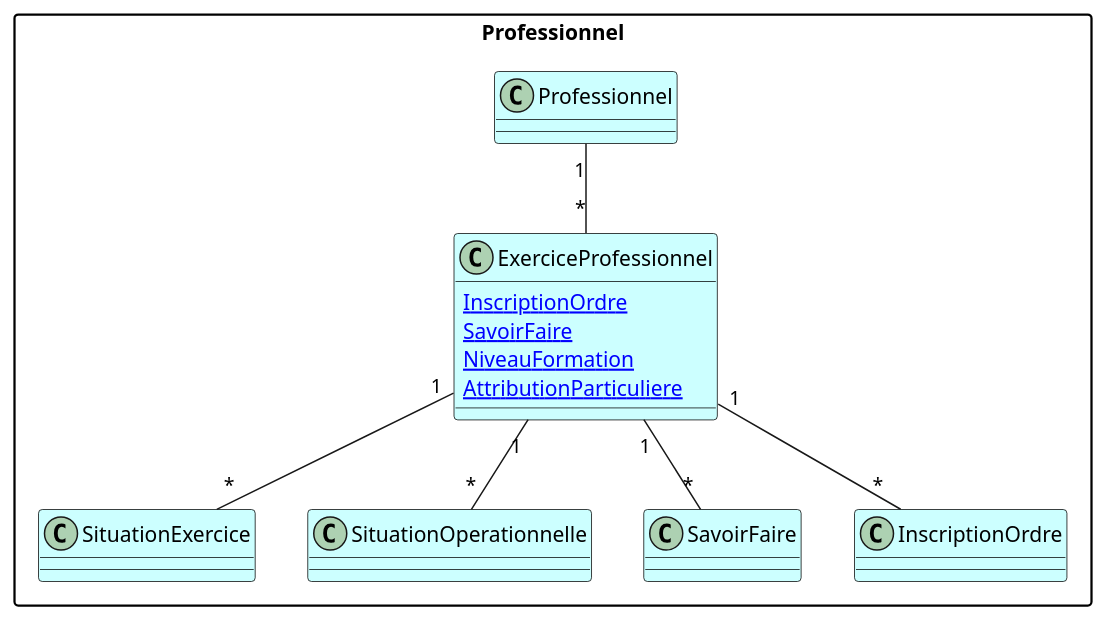
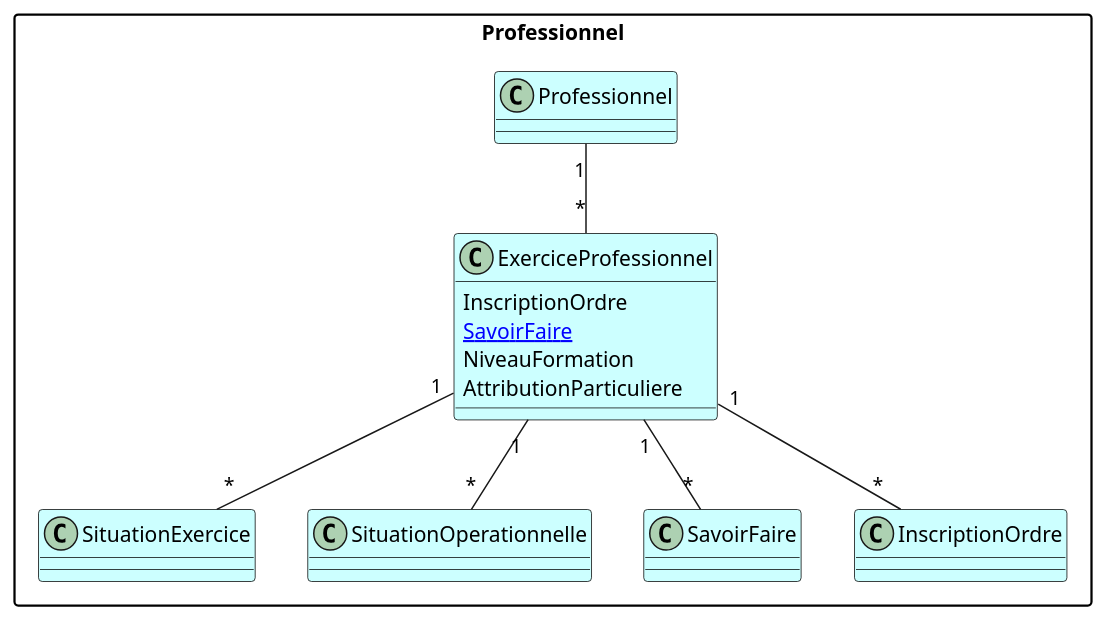
One commit to ansforge/IG-modele-objets-sante changed the diagram in input/images-source/professionnel-short.plantuml. Above: the diagram before and after it, drawn with PlantUML.

```diff
--- a/input/images-source/professionnel-short.plantuml
+++ b/input/images-source/professionnel-short.plantuml
@@ -1,33 +1,35 @@
 @startuml
+'Schéma générique qui contient les classes et les attributs de type BackboneElement (décrits comme objet dans le MOS historique)'
+
 skinparam packageStyle rectangle
 skinparam backgroundColor #FFFFFF
 skinparam class {
     BackgroundColor #CCFFFF
     BorderColor black
 }
 
 package "Professionnel" {
     class Professionnel
     class ExerciceProfessionnel {
-        [[StructureDefinition-InscriptionOrdre.html InscriptionOrdre]]
+        InscriptionOrdre
         [[StructureDefinition-SavoirFaire.html SavoirFaire]]
-        [[StructureDefinition-NiveauFormation.html NiveauFormation]]
-        [[StructureDefinition-AttributionParticuliere.html AttributionParticuliere]]
+        NiveauFormation
+        AttributionParticuliere
     }
     class SituationExercice 
     class SituationOperationnelle
 
     url of Professionnel is [[StructureDefinition-Professionnel.html]]
     url of ExerciceProfessionnel is [[StructureDefinition-ExerciceProfessionnel.html]]
     url of SituationExercice is [[StructureDefinition-SituationExercice.html]]
     url of SituationOperationnelle is [[StructureDefinition-SituationOperationnelle.html]]
 
     Professionnel "1" -- "*" ExerciceProfessionnel
     
     ExerciceProfessionnel "1" -- "*" SituationExercice
     ExerciceProfessionnel "1" -- "*" SituationOperationnelle
     ExerciceProfessionnel "1" -- "*" SavoirFaire
     ExerciceProfessionnel "1" -- "*" InscriptionOrdre
 }
 
 @enduml
```
